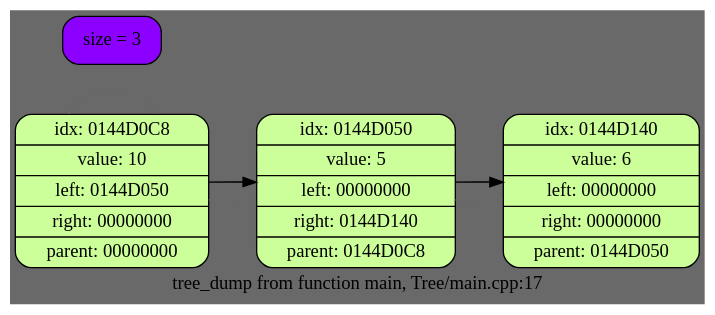
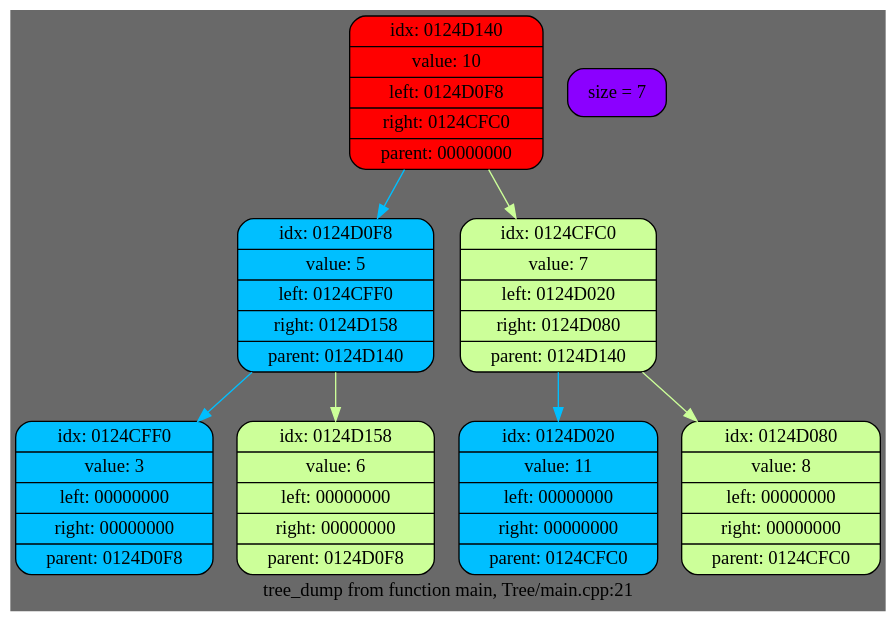
One commit to EntryFrager/tree changed the diagram in dump.dot. Above: the diagram before and after it, drawn with Graphviz. The commit also changed other lines of this file and 20 other files, not shown here.

```diff
--- a/dump.dot
+++ b/dump.dot
@@ -1,12 +1,19 @@
 digraph List {
-	rankdir = LR;
-	node [shape = record];
+	rankdir = HR;
 	bgcolor = "#696969";
-	0 -> 0 -> 1 -> 2[arrowsize = 0.0, weight = "10000", color = "#696969", fontname = "Times-New-Roman"];
-	0 [shape = Mrecord, style = filled, fillcolor = "#ccff99", label = "idx: 0144D0C8 | value: 10 | left: 0144D050 | right: 00000000 | parent: 00000000"];
-	1 [shape = Mrecord, style = filled, fillcolor = "#ccff99", label = "idx: 0144D050 | value: 5 | left: 00000000 | right: 0144D140 | parent: 0144D0C8"];
-	2 [shape = Mrecord, style = filled, fillcolor = "#ccff99", label = "idx: 0144D140 | value: 6 | left: 00000000 | right: 00000000 | parent: 0144D050"];
-	0 -> 1
-	1 -> 2
-	label = "tree_dump from function main, Tree/main.cpp:17";
-	All[shape = Mrecord, style = filled, fillcolor = "#8B00FF", label = "size = 3"];}
+	node0 [shape = Mrecord, style = filled, fillcolor = "#ff0000", label = "{idx: 0124D140 | value: 10 | left: 0124D0F8 | right: 0124CFC0 | parent: 00000000}"];
+	node1 [shape = Mrecord, style = filled, fillcolor = "#00BFFF", label = "{idx: 0124D0F8 | value: 5 | left: 0124CFF0 | right: 0124D158 | parent: 0124D140}"];
+	node0 -> node1 [color = "#00BFFF"]
+	node2 [shape = Mrecord, style = filled, fillcolor = "#00BFFF", label = "{idx: 0124CFF0 | value: 3 | left: 00000000 | right: 00000000 | parent: 0124D0F8}"];
+	node1 -> node2 [color = "#00BFFF"]
+	node3 [shape = Mrecord, style = filled, fillcolor = "#ccff99", label = "{idx: 0124D158 | value: 6 | left: 00000000 | right: 00000000 | parent: 0124D0F8}"];
+	node1 -> node3 [color = "#ccff99"]
+	node4 [shape = Mrecord, style = filled, fillcolor = "#ccff99", label = "{idx: 0124CFC0 | value: 7 | left: 0124D020 | right: 0124D080 | parent: 0124D140}"];
+	node0 -> node4 [color = "#ccff99"]
+	node5 [shape = Mrecord, style = filled, fillcolor = "#00BFFF", label = "{idx: 0124D020 | value: 11 | left: 00000000 | right: 00000000 | parent: 0124CFC0}"];
+	node4 -> node5 [color = "#00BFFF"]
+	node6 [shape = Mrecord, style = filled, fillcolor = "#ccff99", label = "{idx: 0124D080 | value: 8 | left: 00000000 | right: 00000000 | parent: 0124CFC0}"];
+	node4 -> node6 [color = "#ccff99"]
+	label = "tree_dump from function main, Tree/main.cpp:21";
+
+	All[shape = Mrecord, style = filled, fillcolor = "#8B00FF", label = "size = 7"];}
```
